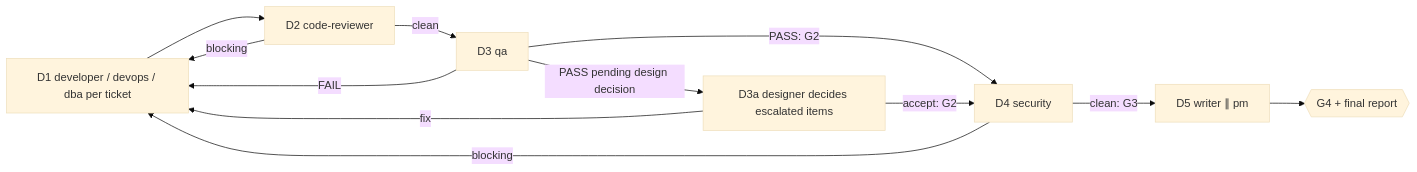
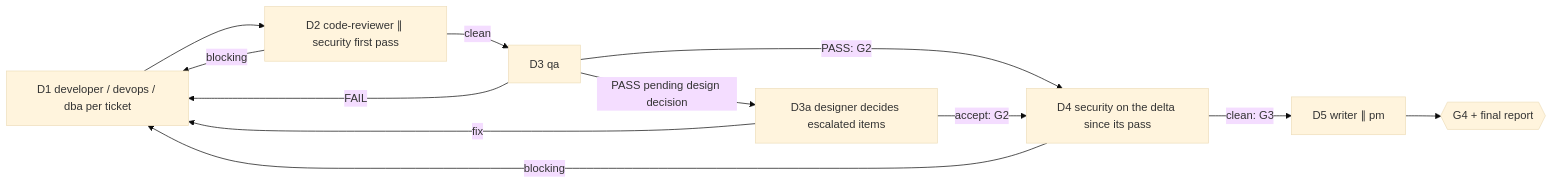
Before and after one commit to Tuan-Quyen/technical-teams: the third of 4 diagrams in commands/feature.md, drawn with Mermaid (base theme). The commit also changed other lines of this file and 12 other files, not shown here.

````diff
--- a/commands/feature.md
+++ b/commands/feature.md
@@ -101,14 +101,14 @@
 ```mermaid
 flowchart LR
-  D[D1 developer / devops / dba per ticket] --> CR[D2 code-reviewer]
+  D[D1 developer / devops / dba per ticket] --> CR[D2 code-reviewer ∥ security first pass]
   CR -- blocking --> D
   CR -- clean --> Q[D3 qa]
   Q -- FAIL --> D
-  Q -- PASS: G2 --> SEC[D4 security]
+  Q -- PASS: G2 --> SEC[D4 security on the delta since its pass]
   Q -- PASS pending design decision --> DR[D3a designer decides escalated items]
   DR -- fix --> D
   DR -- accept: G2 --> SEC
   SEC -- blocking --> D
   SEC -- clean: G3 --> W[D5 writer ∥ pm]
   W --> G4{{G4 + final report}}
 ```
````
